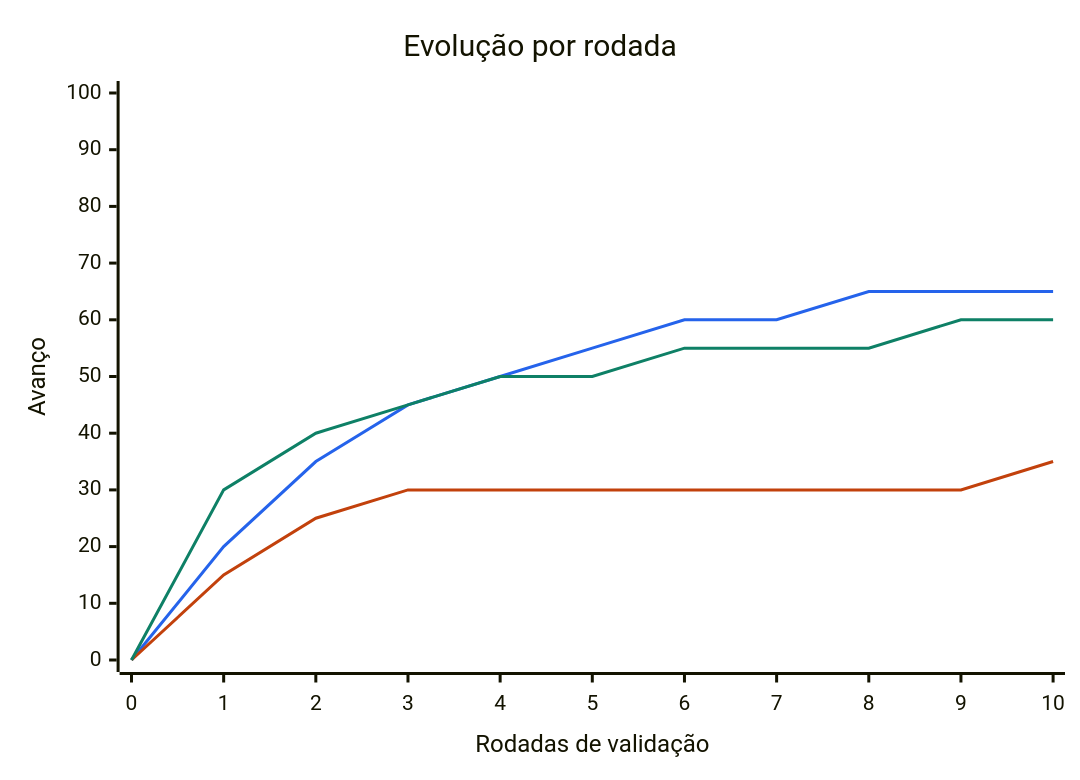
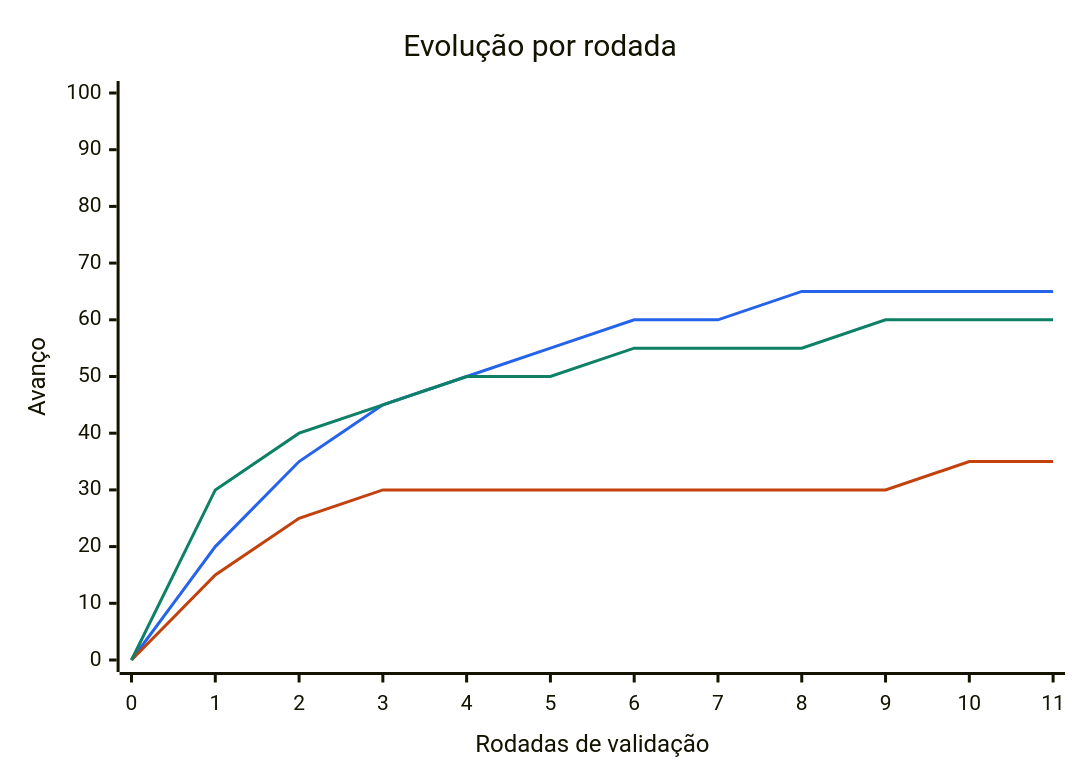
Before and after one commit to thiagozonda1989-stack/simuladorCotacao: the diagram in docs/colaboracao/ACOMPANHAMENTO.md, drawn with Mermaid. The commit also changed other lines of this file, not shown here.

Commit message:
Registra a rodada 11 e cataloga a candidata de pesquisa

````diff
--- a/docs/colaboracao/ACOMPANHAMENTO.md
+++ b/docs/colaboracao/ACOMPANHAMENTO.md
@@ -7,15 +7,15 @@
 ```mermaid
 ---
 config:
   themeVariables:
     xyChart:
       plotColorPalette: "#2563eb,#c2410c,#0e8066"
 ---
 xychart-beta
   title "Evolução por rodada"
-  x-axis "Rodadas de validação" [0, 1, 2, 3, 4, 5, 6, 7, 8, 9, 10]
+  x-axis "Rodadas de validação" [0, 1, 2, 3, 4, 5, 6, 7, 8, 9, 10, 11]
   y-axis "Avanço" 0 --> 100
-  line [0, 20, 35, 45, 50, 55, 60, 60, 65, 65, 65]
-  line [0, 15, 25, 30, 30, 30, 30, 30, 30, 30, 35]
-  line [0, 30, 40, 45, 50, 50, 55, 55, 55, 60, 60]
+  line [0, 20, 35, 45, 50, 55, 60, 60, 65, 65, 65, 65]
+  line [0, 15, 25, 30, 30, 30, 30, 30, 30, 30, 35, 35]
+  line [0, 30, 40, 45, 50, 50, 55, 55, 55, 60, 60, 60]
 ```
````
